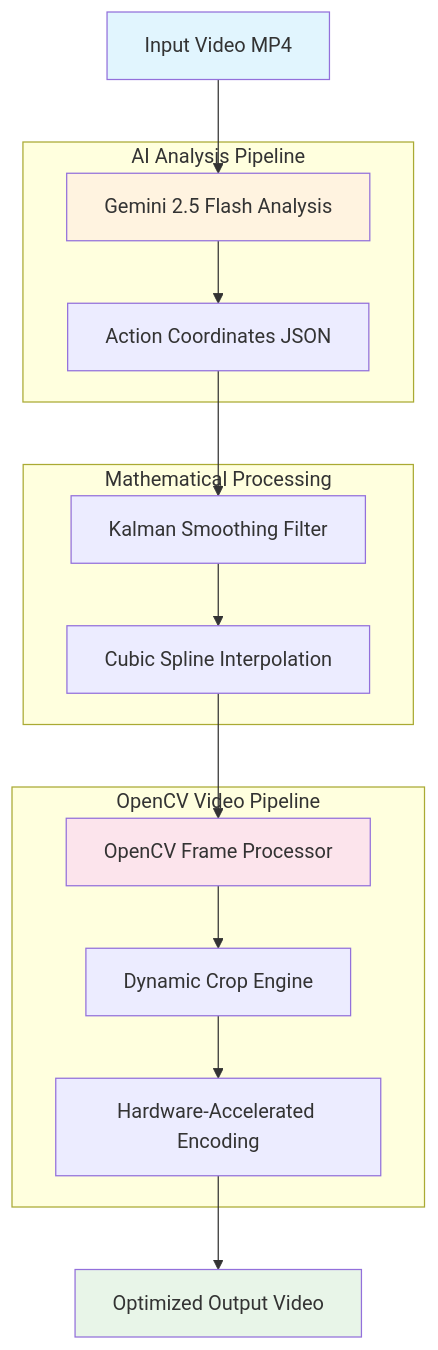
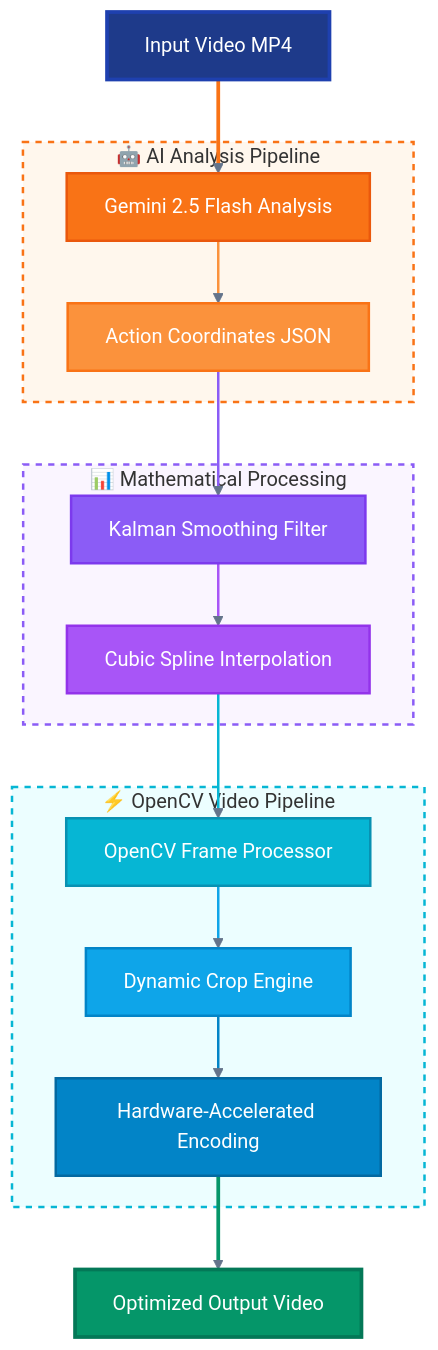
One commit to koji0701/cameraman-ai-agent changed the diagram in README.md. Above: the diagram before and after it, drawn with Mermaid. The commit also changed other lines of this file, not shown here.

Commit message:
fix coloring readme

````diff
--- a/README.md
+++ b/README.md
@@ -23,32 +23,54 @@
 ```mermaid
 graph TD
     A[Input Video MP4] --> B[Gemini 2.5 Flash Analysis]
     B --> C[Action Coordinates JSON]
     C --> D[Kalman Smoothing Filter]
     D --> E[Cubic Spline Interpolation]
     E --> F[OpenCV Frame Processor]
     F --> G[Dynamic Crop Engine]
     G --> H[Hardware-Accelerated Encoding]
     H --> I[Optimized Output Video]
     
-    subgraph "AI Analysis Pipeline"
+    subgraph AI ["🤖 AI Analysis Pipeline"]
         B
         C
     end
     
-    subgraph "Mathematical Processing"
+    subgraph MATH ["📊 Mathematical Processing"]
         D
         E
     end
     
-    subgraph "OpenCV Video Pipeline"
+    subgraph OPENCV ["⚡ OpenCV Video Pipeline"]
         F
         G
         H
     end
     
-    style A fill:#e1f5fe
-    style I fill:#e8f5e8
-    style B fill:#fff3e0
-    style F fill:#fce4ec
+    %% Modern color scheme with gradients and contemporary palette
+    style A fill:#1e3a8a,stroke:#1e40af,stroke-width:3px,color:#ffffff
+    style B fill:#f97316,stroke:#ea580c,stroke-width:2px,color:#ffffff
+    style C fill:#fb923c,stroke:#f97316,stroke-width:2px,color:#ffffff
+    style D fill:#8b5cf6,stroke:#7c3aed,stroke-width:2px,color:#ffffff
+    style E fill:#a855f7,stroke:#9333ea,stroke-width:2px,color:#ffffff
+    style F fill:#06b6d4,stroke:#0891b2,stroke-width:2px,color:#ffffff
+    style G fill:#0ea5e9,stroke:#0284c7,stroke-width:2px,color:#ffffff
+    style H fill:#0284c7,stroke:#0369a1,stroke-width:2px,color:#ffffff
+    style I fill:#059669,stroke:#047857,stroke-width:3px,color:#ffffff
+    
+    %% Subgraph styling with modern gradients
+    style AI fill:#fff7ed,stroke:#f97316,stroke-width:2px,stroke-dasharray: 5 5
+    style MATH fill:#faf5ff,stroke:#8b5cf6,stroke-width:2px,stroke-dasharray: 5 5
+    style OPENCV fill:#ecfeff,stroke:#06b6d4,stroke-width:2px,stroke-dasharray: 5 5
+    
+    %% Connection styling
+    linkStyle default stroke:#64748b,stroke-width:2px
+    linkStyle 0 stroke:#f97316,stroke-width:3px
+    linkStyle 1 stroke:#fb923c,stroke-width:2px
+    linkStyle 2 stroke:#8b5cf6,stroke-width:2px
+    linkStyle 3 stroke:#a855f7,stroke-width:2px
+    linkStyle 4 stroke:#06b6d4,stroke-width:2px
+    linkStyle 5 stroke:#0ea5e9,stroke-width:2px
+    linkStyle 6 stroke:#0284c7,stroke-width:2px
+    linkStyle 7 stroke:#059669,stroke-width:3px
 ```
````
